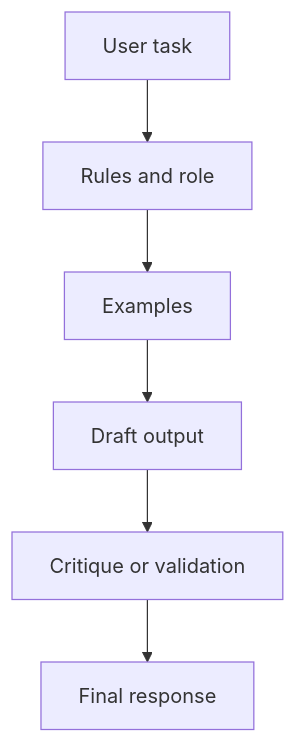
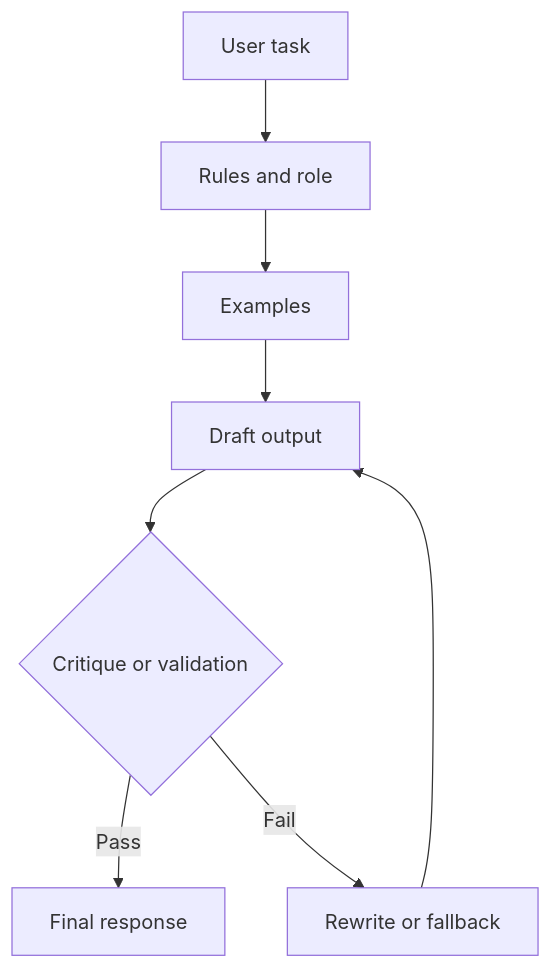
One commit to Asabeneh/30-Days-Of-AI-Engineering changed the third of 11 diagrams in day_05/day_05_advanced_prompt_engineering.md. Above: the diagram before and after it, drawn with Mermaid. The commit also changed other lines of this file and 49 other files, not shown here.

````diff
--- a/day_05/day_05_advanced_prompt_engineering.md
+++ b/day_05/day_05_advanced_prompt_engineering.md
@@ -138,8 +249,10 @@
 ```mermaid
 flowchart TD
     A[User task] --> B[Rules and role]
     B --> C[Examples]
     C --> D[Draft output]
-    D --> E[Critique or validation]
-    E --> F[Final response]
+    D --> E{Critique or validation}
+    E -->|Pass| F[Final response]
+    E -->|Fail| G[Rewrite or fallback]
+    G --> D
 ```
````
